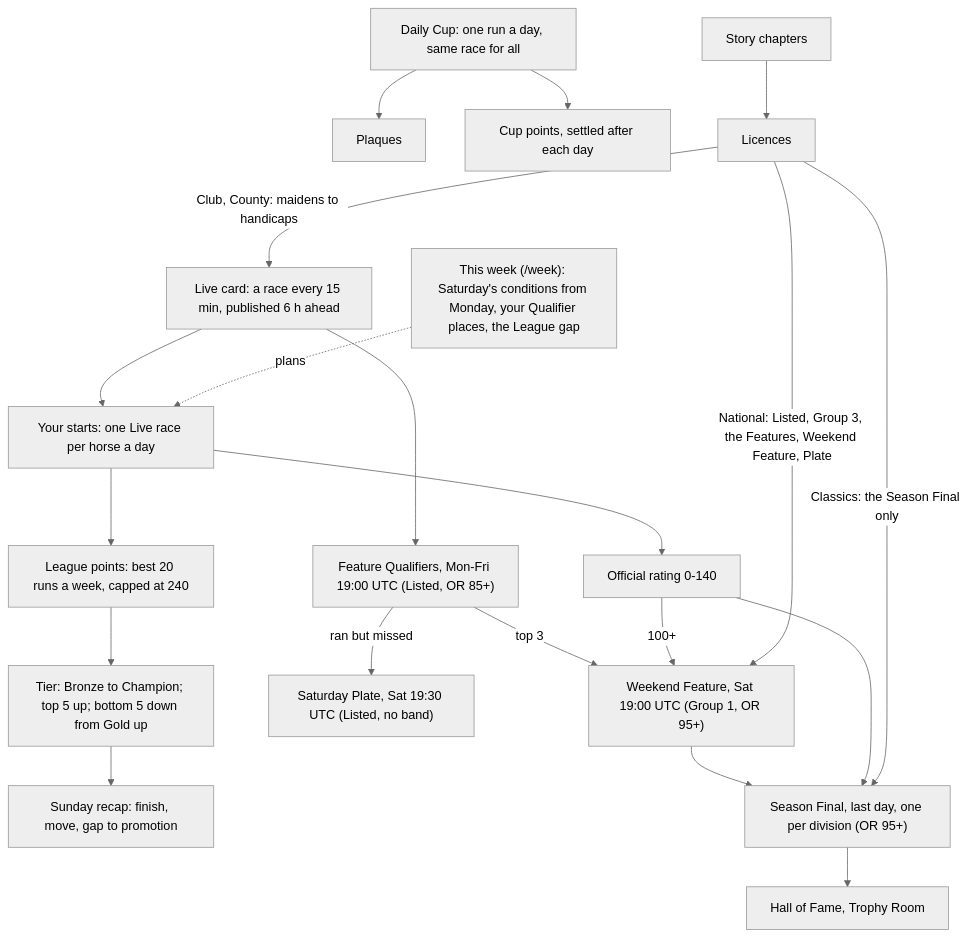
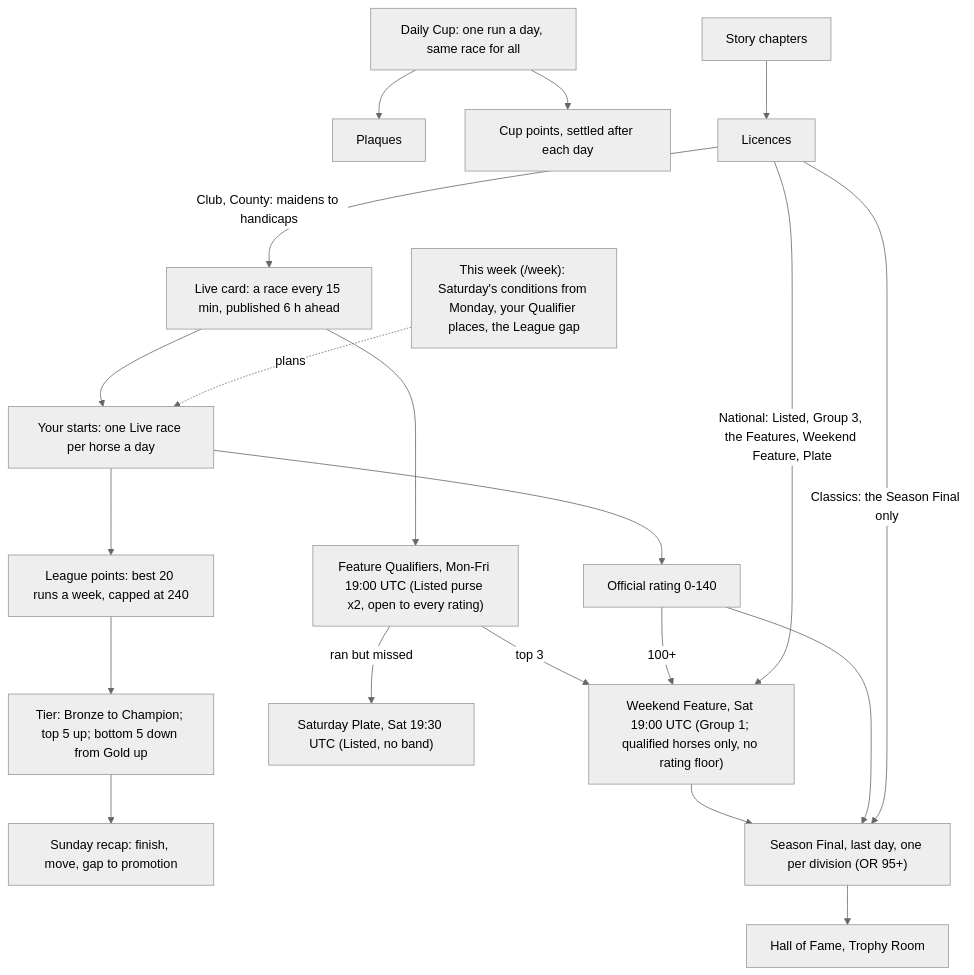
Before and after one commit to stephenclawdbot-png/ranch-game: the fifth of 7 diagrams in docs/foundation/GAME-SYSTEMS.md, drawn with Mermaid (neutral theme). The commit also changed other lines of this file and 8 other files, not shown here.

````diff
--- a/docs/foundation/GAME-SYSTEMS.md
+++ b/docs/foundation/GAME-SYSTEMS.md
@@ -178,22 +180,22 @@
 ```mermaid
 flowchart TD
   card["Live card: a race every 15 min, published 6 h ahead"] --> runs["Your starts: one Live race per horse a day"]
   week["This week (/week): Saturday's conditions from Monday, your Qualifier places, the League gap"] -.->|plans| runs
   runs --> league["League points: best 20 runs a week, capped at 240"]
   runs --> rating[Official rating 0-140]
-  card --> quals["Feature Qualifiers, Mon-Fri 19:00 UTC (Listed, OR 85+)"]
-  quals -->|top 3| wf["Weekend Feature, Sat 19:00 UTC (Group 1, OR 95+)"]
+  card --> quals["Feature Qualifiers, Mon-Fri 19:00 UTC (Listed purse x2, open to every rating)"]
+  quals -->|top 3| wf["Weekend Feature, Sat 19:00 UTC (Group 1; qualified horses only, no rating floor)"]
   rating -->|100+| wf
   quals -->|ran but missed| plate["Saturday Plate, Sat 19:30 UTC (Listed, no band)"]
   league --> tiers["Tier: Bronze to Champion; top 5 up; bottom 5 down from Gold up"]
   tiers --> recap["Sunday recap: finish, move, gap to promotion"]
   wf --> final["Season Final, last day, one per division (OR 95+)"]
   rating --> final
   final --> hall[Hall of Fame, Trophy Room]
   cupd["Daily Cup: one run a day, same race for all"] --> plaques[Plaques]
   cupd --> cpts["Cup points, settled after each day"]
   story["Story chapters"] --> licence[Licences]
   licence -->|"Club, County: maidens to handicaps"| card
   licence -->|"National: Listed, Group 3, the Features, Weekend Feature, Plate"| wf
   licence -->|"Classics: the Season Final only"| final
 ```
````
